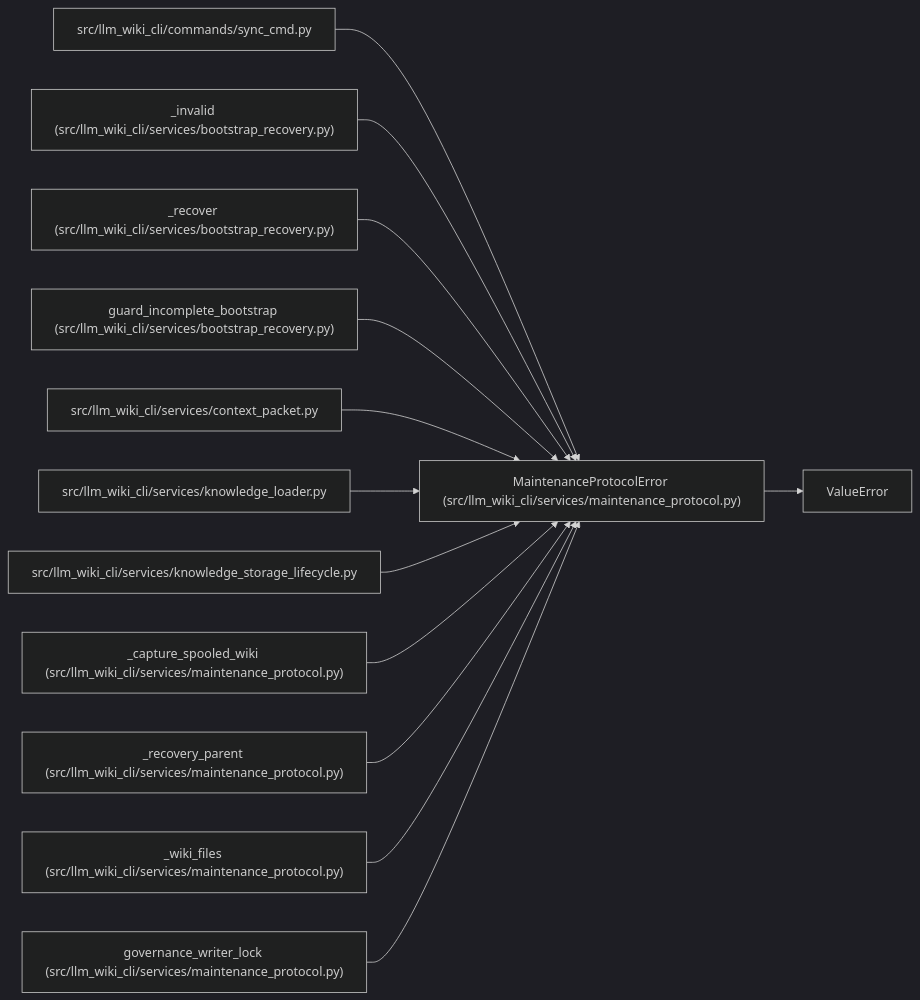
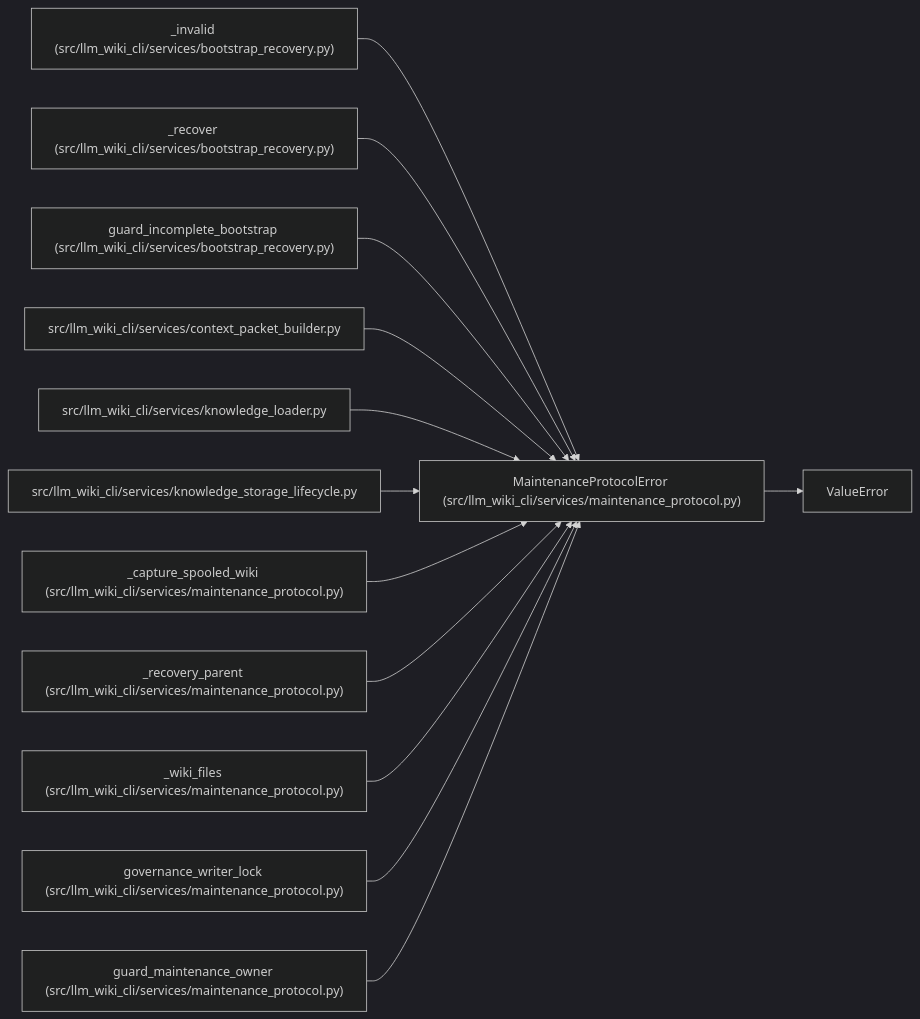
Before and after one commit to Denissvgn/python-wiki-llm: the diagram in docs/llm_wiki/entities/MaintenanceProtocolError.md, drawn with Mermaid (dark theme). The commit also changed other lines of this file and 1555 other files, not shown here.

````diff
--- a/docs/llm_wiki/entities/MaintenanceProtocolError.md
+++ b/docs/llm_wiki/entities/MaintenanceProtocolError.md
@@ -25,40 +25,40 @@
 ```mermaid
 flowchart LR
     n0["MaintenanceProtocolError (src/llm_wiki_cli/services/maintenance_protocol.py)"]
     n1["ValueError"]
-    n2["src/llm_wiki_cli/commands/sync_cmd.py"]
-    n3["_invalid (src/llm_wiki_cli/services/bootstrap_recovery.py)"]
-    n4["_recover (src/llm_wiki_cli/services/bootstrap_recovery.py)"]
-    n5["guard_incomplete_bootstrap (src/llm_wiki_cli/services/bootstrap_recovery.py)"]
-    n6["src/llm_wiki_cli/services/context_packet.py"]
-    n7["src/llm_wiki_cli/services/knowledge_loader.py"]
-    n8["src/llm_wiki_cli/services/knowledge_storage_lifecycle.py"]
-    n9["_capture_spooled_wiki (src/llm_wiki_cli/services/maintenance_protocol.py)"]
-    n10["_recovery_parent (src/llm_wiki_cli/services/maintenance_protocol.py)"]
-    n11["_wiki_files (src/llm_wiki_cli/services/maintenance_protocol.py)"]
-    n12["governance_writer_lock (src/llm_wiki_cli/services/maintenance_protocol.py)"]
+    n2["_invalid (src/llm_wiki_cli/services/bootstrap_recovery.py)"]
+    n3["_recover (src/llm_wiki_cli/services/bootstrap_recovery.py)"]
+    n4["guard_incomplete_bootstrap (src/llm_wiki_cli/services/bootstrap_recovery.py)"]
+    n5["src/llm_wiki_cli/services/context_packet_builder.py"]
+    n6["src/llm_wiki_cli/services/knowledge_loader.py"]
+    n7["src/llm_wiki_cli/services/knowledge_storage_lifecycle.py"]
+    n8["_capture_spooled_wiki (src/llm_wiki_cli/services/maintenance_protocol.py)"]
+    n9["_recovery_parent (src/llm_wiki_cli/services/maintenance_protocol.py)"]
+    n10["_wiki_files (src/llm_wiki_cli/services/maintenance_protocol.py)"]
+    n11["governance_writer_lock (src/llm_wiki_cli/services/maintenance_protocol.py)"]
+    n12["guard_maintenance_owner (src/llm_wiki_cli/services/maintenance_protocol.py)"]
     n0 --> n1
     n2 --> n0
     n3 --> n0
     n4 --> n0
     n5 --> n0
     n6 --> n0
     n7 --> n0
     n8 --> n0
     n9 --> n0
     n10 --> n0
     n11 --> n0
     n12 --> n0
     click n0 "../modules/maintenance_protocol.md"
-    click n2 "../modules/sync_cmd.md"
+    click n2 "../modules/bootstrap_recovery.md"
     click n3 "../modules/bootstrap_recovery.md"
     click n4 "../modules/bootstrap_recovery.md"
-    click n5 "../modules/bootstrap_recovery.md"
-    click n6 "../modules/context_packet.md"
-    click n7 "../modules/knowledge_loader.md"
-    click n8 "../modules/knowledge_storage_lifecycle.md"
+    click n5 "../modules/context_packet_builder.md"
+    click n6 "../modules/knowledge_loader.md"
+    click n7 "../modules/knowledge_storage_lifecycle.md"
+    click n8 "../modules/maintenance_protocol.md"
     click n9 "../modules/maintenance_protocol.md"
     click n10 "../modules/maintenance_protocol.md"
     click n11 "../modules/maintenance_protocol.md"
     click n12 "../modules/maintenance_protocol.md"
 ```
````
